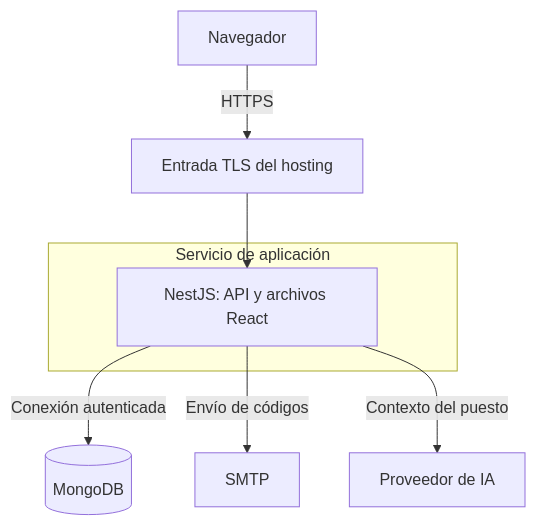
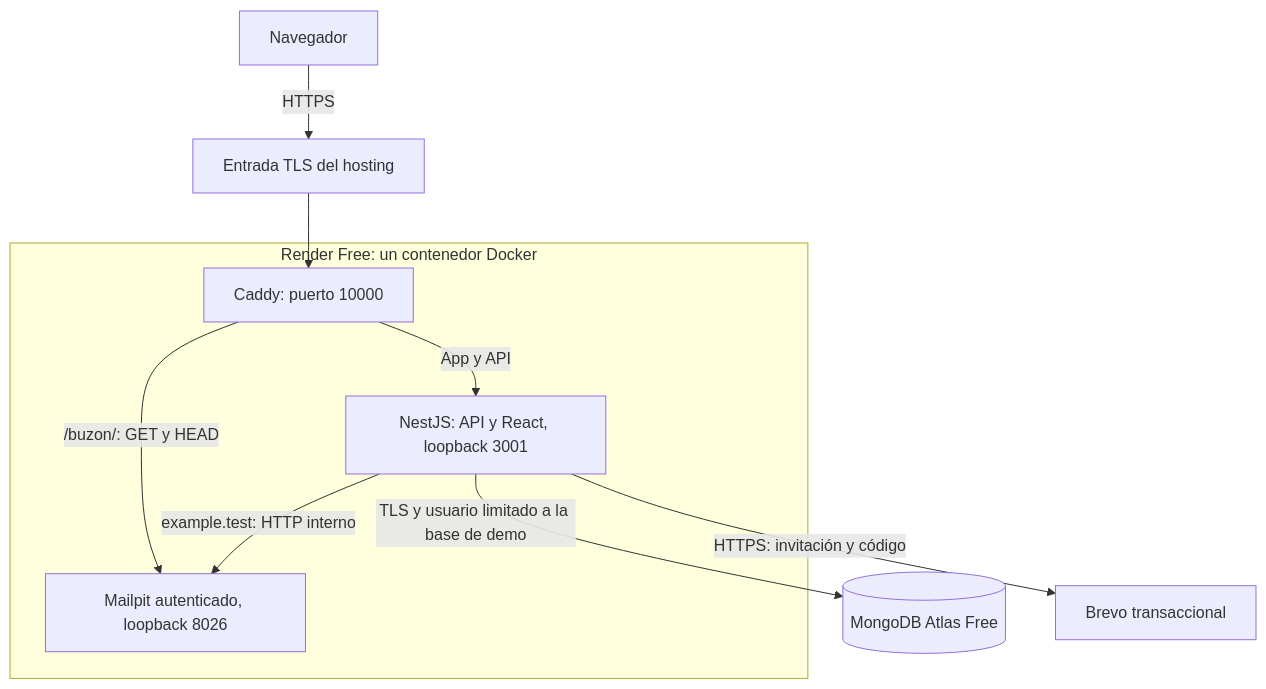
One commit to luislujan32/AI4Devs-finalproject changed the second of 3 diagrams in readme.md. Above: the diagram before and after it, drawn with Mermaid. The commit also changed other lines of this file and 12 other files, not shown here.

````diff
--- a/readme.md
+++ b/readme.md
@@ -191,11 +232,15 @@
 ```mermaid
 flowchart TD
   B["Navegador"] -->|HTTPS| P["Entrada TLS del hosting"]
-  subgraph APP["Servicio de aplicación"]
-    N["NestJS: API y archivos React"]
+  subgraph APP["Render Free: un contenedor Docker"]
+    G["Caddy: puerto 10000"]
+    N["NestJS: API y React, loopback 3001"]
+    S["Mailpit autenticado, loopback 8026"]
+    G -->|App y API| N
+    G -->|/buzon/: GET y HEAD| S
+    N -->|example.test: HTTP interno| S
   end
-  P --> N
-  N -->|Conexión autenticada| M[("MongoDB")]
-  N -->|Envío de códigos| S["SMTP"]
-  N -->|Contexto del puesto| I["Proveedor de IA"]
+  P --> G
+  N -->|TLS y usuario limitado a la base de demo| M[("MongoDB Atlas Free")]
+  N -->|HTTPS: invitación y código| E["Brevo transaccional"]
 ```
````
